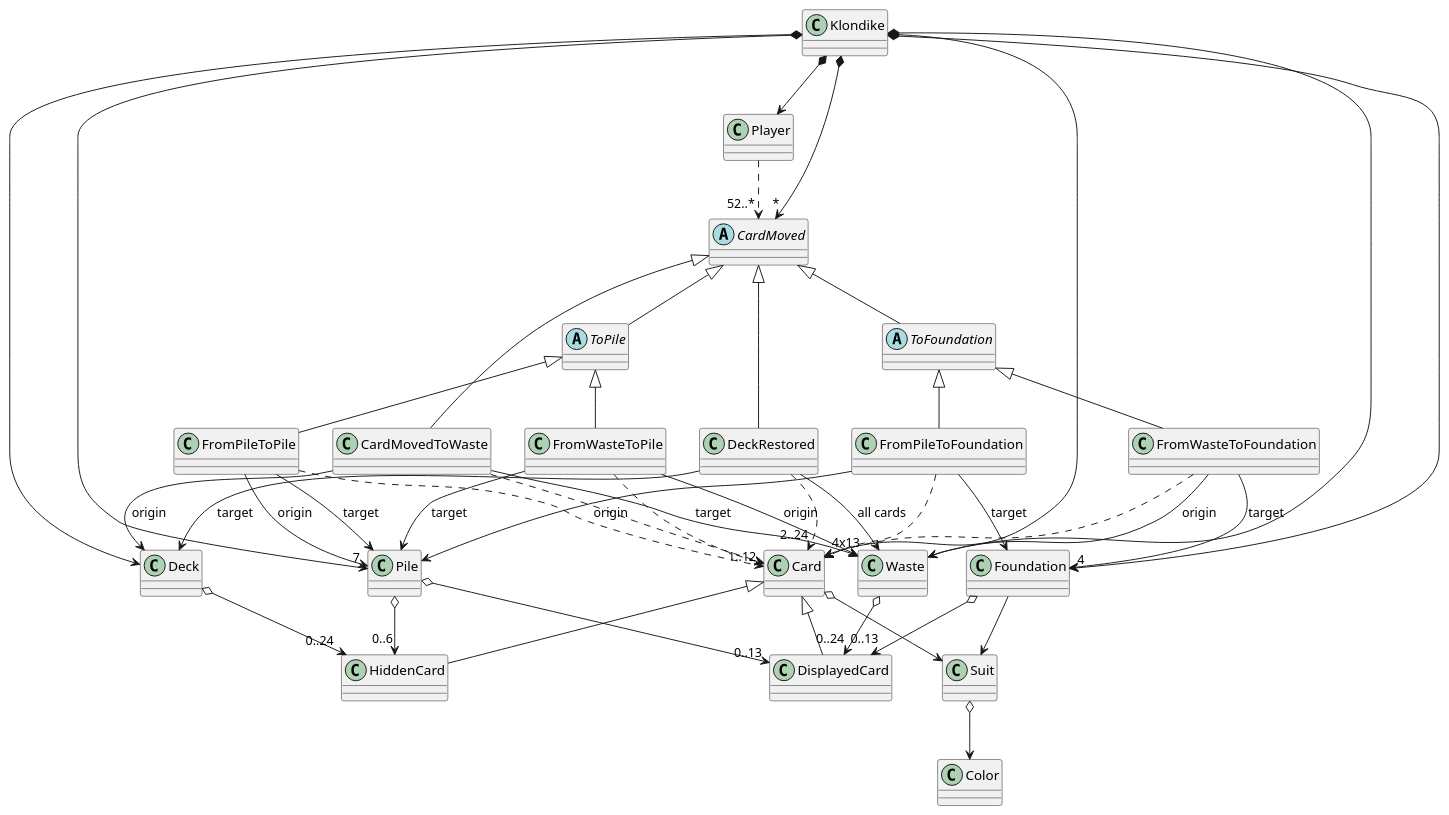
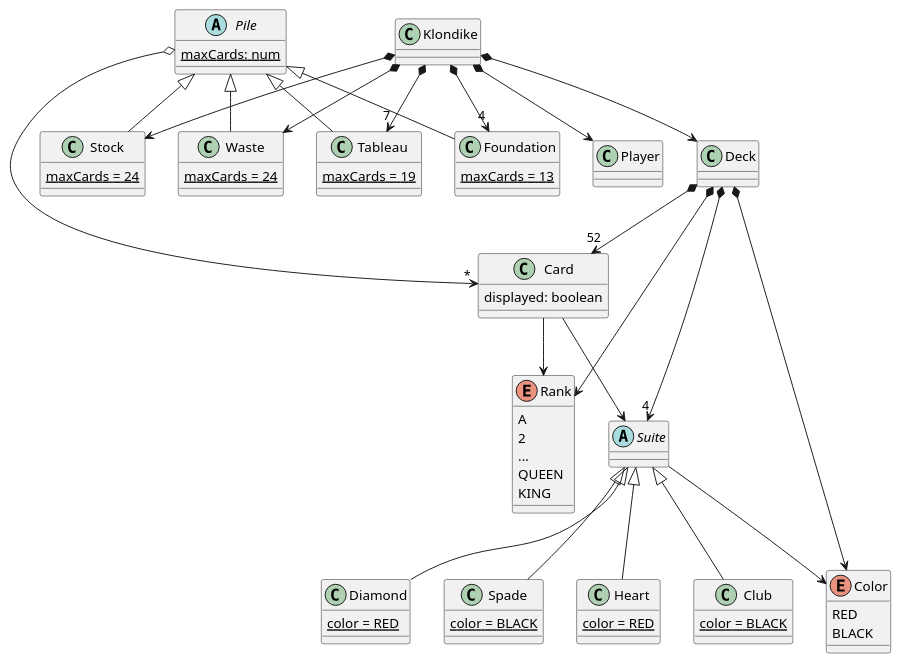
One commit to PabloMartinFluvia/IT-School changed the diagram in MPDS/Klondike/docs/src/domain model overview.plantuml. Above: the diagram before and after it, drawn with PlantUML. The commit also changed 7 other files, not shown here.

```diff
--- a/MPDS/Klondike/docs/src/domain model overview.plantuml
+++ b/MPDS/Klondike/docs/src/domain model overview.plantuml
@@ -1,109 +1,84 @@
 @startuml
 
 class Klondike
 class Player
+class Deck
 
-class Deck
-class Waste
-class Pile
-class Foundation
+abstract class Pile{
+    {static} maxCards: num
+}
 
-class Card
-class HiddenCard
-class DisplayedCard
-class Suit
-class Color
+class Stock{
+    {static} maxCards = 24
+}
+class Waste{
+    {static} maxCards = 24
+}
+class Tableau{
+    {static} maxCards = 19
+}
+class Foundation{
+    {static} maxCards = 13
+}
 
-abstract class CardMoved
-class DeckRestored
-class CardMovedToWaste
-abstract class ToPile
-class FromWasteToPile
-class FromPileToPile
-abstract class ToFoundation
-class FromWasteToFoundation
-class FromPileToFoundation
+class Card{
+    displayed: boolean
+}
+
+enum Rank{
+    A
+    2
+    ...
+    QUEEN
+    KING
+}
+
+abstract class Suite
+class Spade{
+    {static} color = BLACK
+}
+class Heart{
+    {static} color = RED
+}
+class Club{
+    {static} color = BLACK
+}
+class Diamond{
+    {static} color = RED
+}
+
+enum Color{
+    RED
+    BLACK
+}
+
+Klondike *-down-> Player
+Klondike *-down-> Deck
+Klondike *-down-> Stock
+Klondike *-down-> Waste
+Klondike *-down-> "7" Tableau
+Klondike *-down-> "4" Foundation
+
+Deck *-down-> "52" Card
+Deck *-down-> Rank
+Deck *-down-> Color
+Deck *-down-> "4" Suite
+
+Card -down-> Suite
+Card -down-> Rank
+
+Suite <|-down- Spade
+Suite <|-down- Heart
+Suite <|-down- Club
+Suite <|-down- Diamond
+Suite -down-> Color
+
+Pile o-down-> "*" Card
+
+Pile <|-down- Stock
+Pile <|-down- Waste
+Pile <|-down- Tableau
+Pile <|-down- Foundation
 
 
-
-'klondike dependencies'
-Klondike *-down-> Player
-Klondike *-down-> "*" CardMoved
-Klondike *-down-> "4x13" Card
-Klondike *-down-> Deck
-Klondike *-down-> Waste
-Klondike *-down-> "7" Pile
-Klondike *-down-> "4" Foundation
-
-'Player dependencies'
-Player .down.> "52..*" CardMoved
-
-'Deck dependencies'
-Deck o-down-> "0..24" HiddenCard
-'Waste dependencies'
-Waste o-down-> "0..24" DisplayedCard
-'Pile dependencies'
-Pile o-down-> "0..6" HiddenCard
-Pile o-down-> "0..13" DisplayedCard
-'Foundation dependencies'
-Foundation o-down-> "0..13" DisplayedCard
-Foundation -down-> Suit
-
-'Card children'
-Card <|-down- HiddenCard
-Card <|-down- DisplayedCard
-
-'Card dependencies'
-Card o-down-> Suit
-
-'Suit dependencies'
-Suit o-down-> Color
-
-'CardMoved children'
-CardMoved <|-down- DeckRestored
-CardMoved <|-down- CardMovedToWaste
-CardMoved <|-down- ToPile
-CardMoved <|-down- ToFoundation
-
-'DeckRestored dependencies'
-DeckRestored -down-> Deck : target
-DeckRestored -down-> Waste : all cards
-DeckRestored .down.> "2..24" Card
-
-'CardMovedToWaste dependencies'
-CardMovedToWaste -down-> Waste : target
-CardMovedToWaste -down-> Deck : origin
-CardMovedToWaste .down.> Card
-
-'ToPile children"
-ToPile <|-down- FromWasteToPile
-ToPile <|-down- FromPileToPile
-
-'FromWasteToPile dependencies'
-FromWasteToPile .down.> Card
-FromWasteToPile -down-> Pile : target
-FromWasteToPile -down-> Waste : origin
-
-'FromPileToPile dependencies'
-FromPileToPile .down.> "1..12" Card
-FromPileToPile -down-> Pile : target
-FromPileToPile -down-> Pile : origin
-
-'ToFoundation children"
-ToFoundation <|-down- FromWasteToFoundation
-ToFoundation <|-down- FromPileToFoundation
-
-'FromWasteToFoundation dependencies'
-FromWasteToFoundation .down.> Card
-FromWasteToFoundation -down-> Foundation : target
-FromWasteToFoundation -down-> Waste : origin
-
-'FromPileToFoundation dependencies'
-FromPileToFoundation .down.>  Card
-FromPileToFoundation -down-> Foundation : target
-FromPileToFoundation -down-> Pile : origin
-
-
-'hidden dependencies'
-
 @enduml
```
